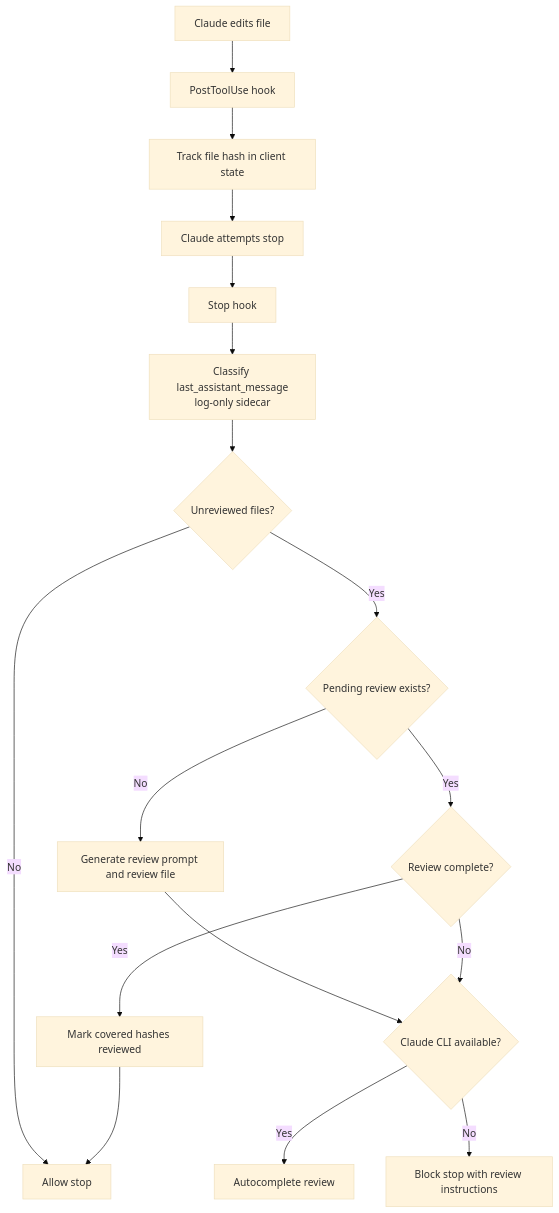
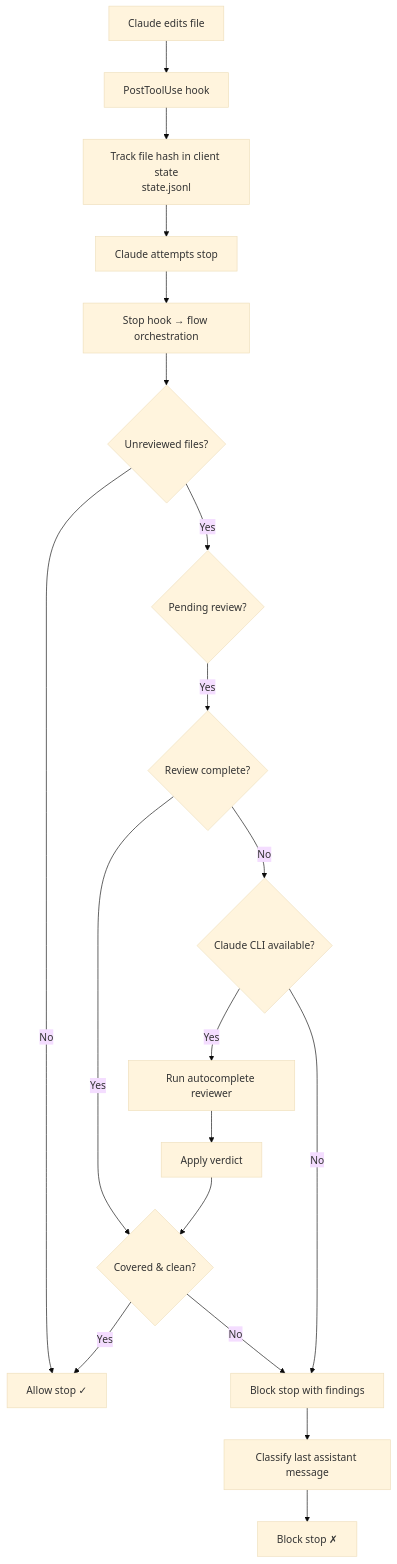
The diagram in README.md (tudragon154203/claude-auto-review), drawn with Mermaid (base theme) before and after one commit. The commit also changed other lines of this file and 9 other files, not shown here.

````diff
--- a/README.md
+++ b/README.md
@@ -13,19 +11,21 @@
 ```mermaid
 flowchart TD
-    A[Claude edits file] --> B[PostToolUse hook]
-    B --> C[Track file hash in client state]
-    C --> D[Claude attempts stop]
-    D --> E[Stop hook]
-    E --> F[Classify last_assistant_message<br/>log-only sidecar]
-    F --> G{Unreviewed files?}
-    G -- No --> H[Allow stop]
-    G -- Yes --> I{Pending review exists?}
-    I -- No --> J[Generate review prompt and review file]
-    J --> K{Claude CLI available?}
-    K -- Yes --> L[Autocomplete review]
-    K -- No --> M[Block stop with review instructions]
-    I -- Yes --> N{Review complete?}
-    N -- Yes --> O[Mark covered hashes reviewed]
-    O --> H
-    N -- No --> K
+  A[Claude edits file] --> B[PostToolUse hook]
+  B --> C[Track file hash in client state<br/>state.jsonl]
+  C --> D[Claude attempts stop]
+  D --> E[Stop hook → flow orchestration]
+  E --> F{Unreviewed files?}
+  F -- No --> H[Allow stop ✓]
+  F -- Yes --> I{Pending review?}
+  I -- Yes --> N{Review complete?}
+  N -- Yes --> O{Covered & clean?}
+  O -- Yes --> H
+  O -- No --> M[Block stop with findings]
+  N -- No --> K{Claude CLI available?}
+  K -- Yes --> L[Run autocomplete reviewer]
+  K -- No --> M
+  L --> P[Apply verdict]
+  P --> O
+  M --> Q[Classify last assistant message]
+  Q --> R[Block stop ✗]
 ```
````
